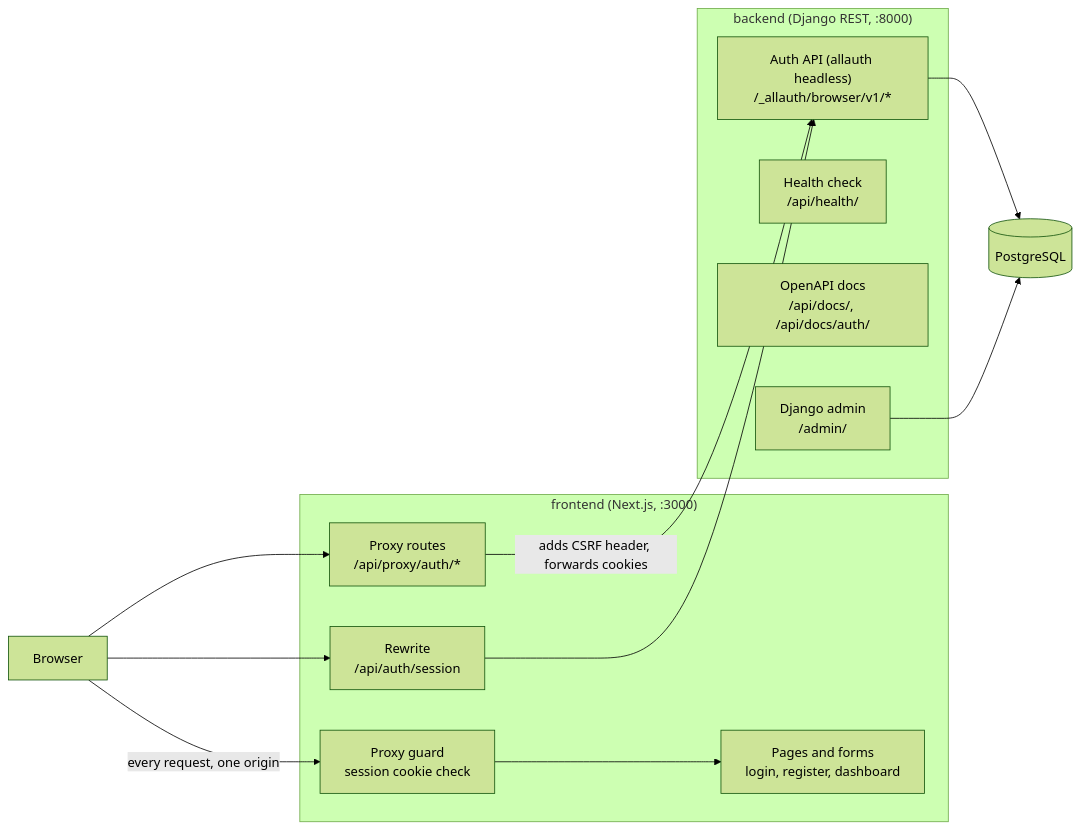
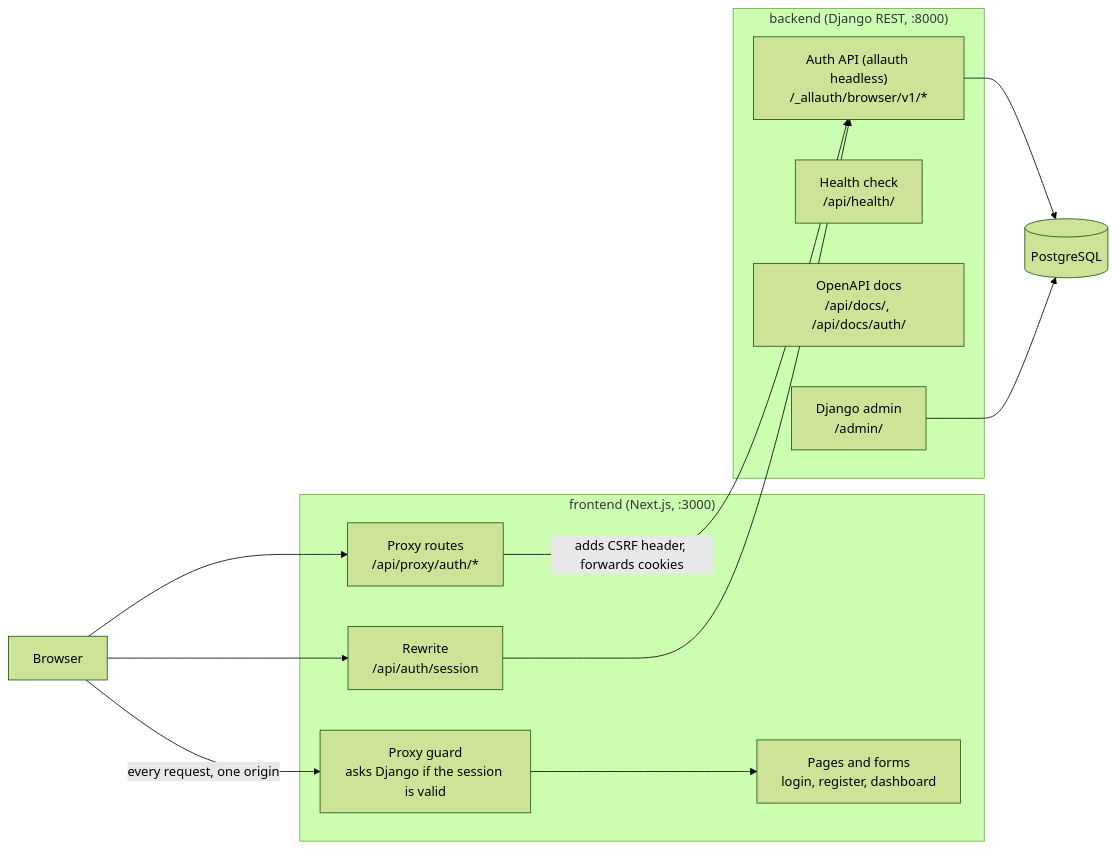
The diagram in README.md (KamranProg/kam-dj-next-allauth-headless), drawn with Mermaid (forest theme) before and after one commit. The commit also changed other lines of this file, not shown here.

````diff
--- a/README.md
+++ b/README.md
@@ -85,28 +92,28 @@
 ```mermaid
 flowchart LR
     Browser["Browser"]
 
     subgraph FE["frontend (Next.js, :3000)"]
         Pages["Pages and forms<br/>login, register, dashboard"]
-        Guard["Proxy guard<br/>session cookie check"]
+        Guard["Proxy guard<br/>asks Django if the session is valid"]
         Routes["Proxy routes<br/>/api/proxy/auth/*"]
         Rewrite["Rewrite<br/>/api/auth/session"]
     end
 
     subgraph BE["backend (Django REST, :8000)"]
         API["Auth API (allauth headless)<br/>/_allauth/browser/v1/*"]
         Health["Health check<br/>/api/health/"]
         Docs["OpenAPI docs<br/>/api/docs/, /api/docs/auth/"]
         Admin["Django admin<br/>/admin/"]
     end
 
     DB[("PostgreSQL")]
 
     Browser -->|"every request, one origin"| Guard --> Pages
     Browser --> Routes
     Browser --> Rewrite
     Routes -->|"adds CSRF header, forwards cookies"| API
     Rewrite --> API
     API --> DB
     Admin --> DB
 ```
````
